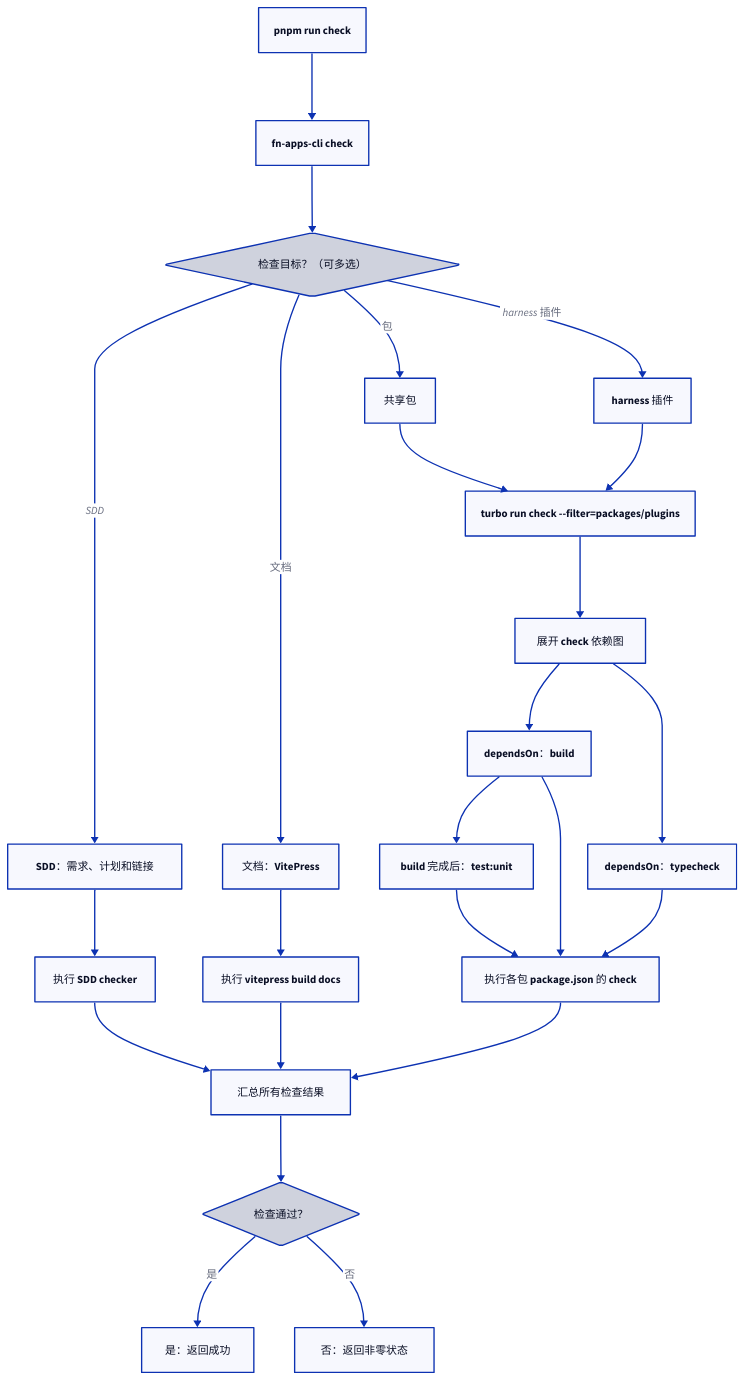
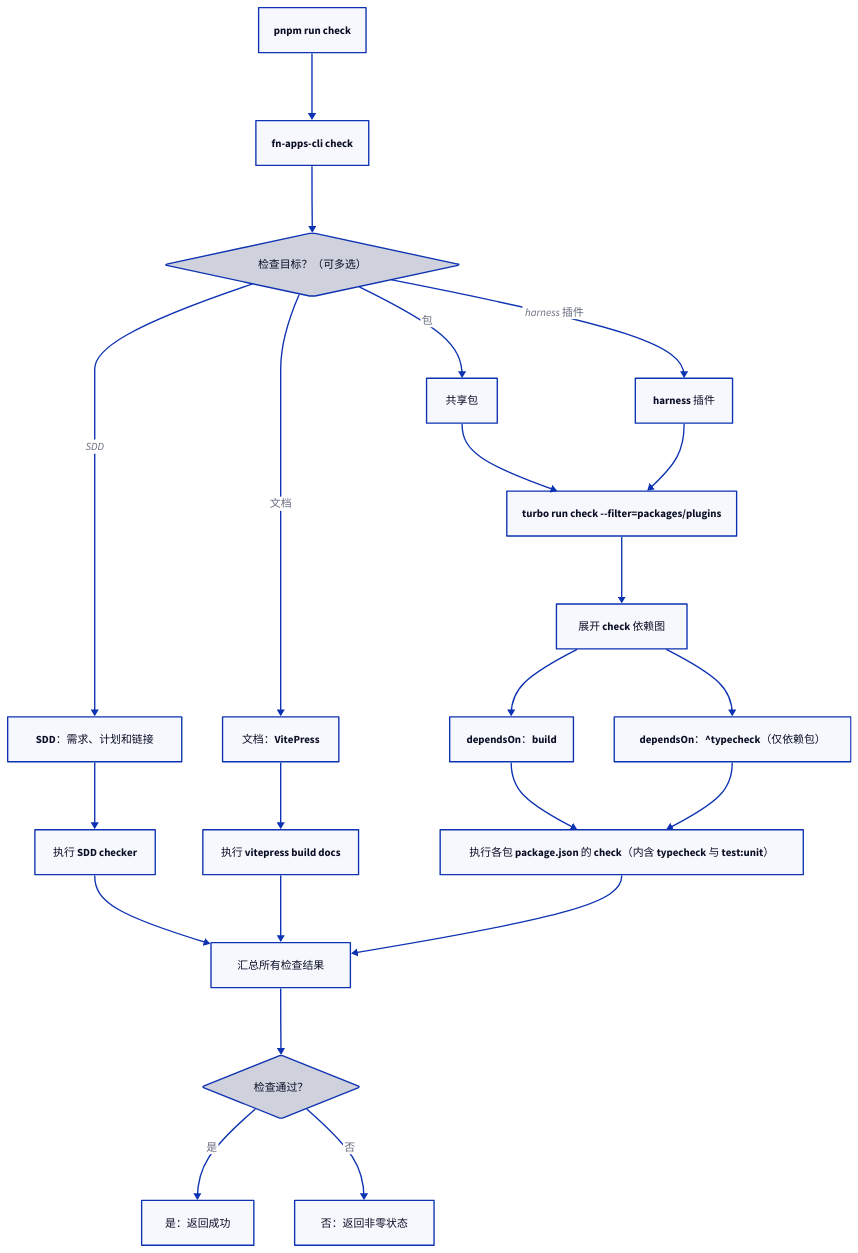
Before and after one commit to tnnevol/fn-os-apps: the seventh of 13 diagrams in docs/development/package-tasks-and-turbo.md, drawn with D2. The commit also changed other lines of this file and 44 other files, not shown here.

````diff
--- a/docs/development/package-tasks-and-turbo.md
+++ b/docs/development/package-tasks-and-turbo.md
@@ -252,50 +271,47 @@
 ```d2
 direction: down
 
 command: "pnpm run check"
 cli: "fn-apps-cli check"
 select: {
   label: "检查目标？（可多选）"
   shape: diamond
 }
 sdd: "SDD：需求、计划和链接"
 docs: "文档：VitePress"
 packages: "共享包"
 plugins: "harness 插件"
 directSdd: "执行 SDD checker"
 directDocs: "执行 vitepress build docs"
 turbo: "turbo run check --filter=packages/plugins"
 turboGraph: "展开 check 依赖图"
 build: "dependsOn：build"
-typecheck: "dependsOn：typecheck"
-unit: "build 完成后：test:unit"
-checkRun: "执行各包 package.json 的 check"
+typecheck: "dependsOn：^typecheck（仅依赖包）"
+checkRun: "执行各包 package.json 的 check（内含 typecheck 与 test:unit）"
 summary: "汇总所有检查结果"
 status: {
   label: "检查通过？"
   shape: diamond
 }
 result: "是：返回成功"
 fail: "否：返回非零状态"
 
 command -> cli -> select
 select -> sdd: SDD
 select -> docs: 文档
 select -> packages: 包
 select -> plugins: harness 插件
 sdd -> directSdd -> summary
 docs -> directDocs -> summary
 packages -> turbo
 plugins -> turbo
 turbo -> turboGraph
 turboGraph -> build
 turboGraph -> typecheck
-build -> unit
 build -> checkRun
 typecheck -> checkRun
-unit -> checkRun
 checkRun -> summary
 summary -> status
 status -> result: 是
 status -> fail: 否
 ```
````
